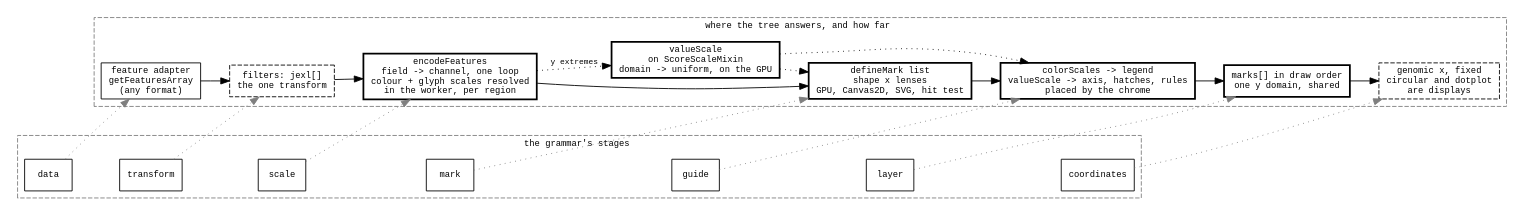
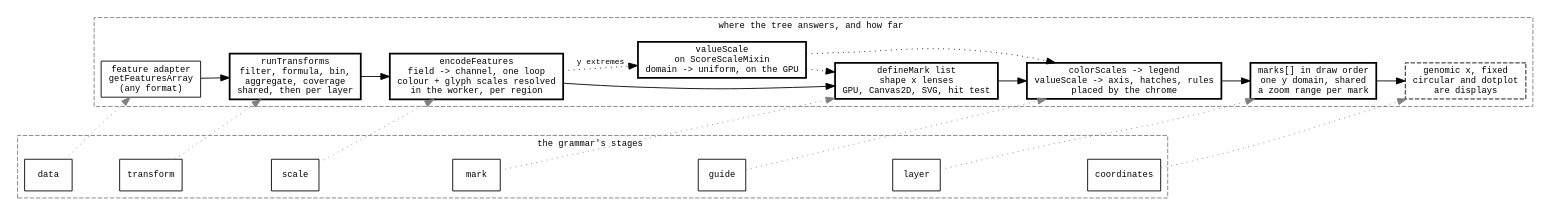
The diagram in agent-docs/reference/diagrams/grammar-pipeline.dot (GMOD/jbrowse-components), drawn with Graphviz before and after one commit. The commit also changed 12 other files, not shown here.

First line of the commit message:
docs(adr-112): a layer owns its transform and its zoom range, and the grammar map fills its transform row

```diff
--- a/agent-docs/reference/diagrams/grammar-pipeline.dot
+++ b/agent-docs/reference/diagrams/grammar-pipeline.dot
@@ -1,45 +1,45 @@
 digraph grammar_pipeline {
   rankdir=LR
   nodesep=0.3
   ranksep=0.45
   node [shape=box fontname=monospace fontsize=10]
   edge [fontname=monospace fontsize=9]
 
   subgraph cluster_grammar {
     label="  the grammar's stages  "
     fontname=monospace fontsize=10 style=dashed color=gray50
     data [label="data"]
     transform [label="transform"]
     scale [label="scale"]
     mark [label="mark"]
     guide [label="guide"]
     layer [label="layer"]
     coord [label="coordinates"]
     data -> transform -> scale -> mark -> guide -> layer -> coord [style=invis]
   }
 
   subgraph cluster_tree {
     label="  where the tree answers, and how far  "
     fontname=monospace fontsize=10 style=dashed color=gray50
     adapter [label="feature adapter\ngetFeaturesArray\n(any format)"]
-    filters [label="filters: jexl[]\nthe one transform", style=dashed]
+    filters [label="runTransforms\nfilter, formula, bin,\naggregate, coverage\nshared, then per layer", style=bold]
     encode [label="encodeFeatures\nfield -> channel, one loop\ncolour + glyph scales resolved\nin the worker, per region", style=bold]
     valueScale [label="valueScale\non ScoreScaleMixin\ndomain -> uniform, on the GPU", style=bold]
     marks [label="defineMark list\nshape x lenses\nGPU, Canvas2D, SVG, hit test", style=bold]
     legend [label="colorScales -> legend\nvalueScale -> axis, hatches, rules\nplaced by the chrome", style=bold]
-    layers [label="marks[] in draw order\none y domain, shared", style=bold]
+    layers [label="marks[] in draw order\none y domain, shared\na zoom range per mark", style=bold]
     genomic [label="genomic x, fixed\ncircular and dotplot\nare displays", style=dashed]
     adapter -> filters -> encode -> marks -> legend -> layers -> genomic
     encode -> valueScale [style=dotted label="y extremes"]
     valueScale -> marks [style=dotted]
     valueScale -> legend [style=dotted]
   }
 
   data -> adapter [style=dotted color=gray50]
   transform -> filters [style=dotted color=gray50]
   scale -> encode [style=dotted color=gray50]
   mark -> marks [style=dotted color=gray50]
   guide -> legend [style=dotted color=gray50]
   layer -> layers [style=dotted color=gray50]
   coord -> genomic [style=dotted color=gray50]
 }
```
